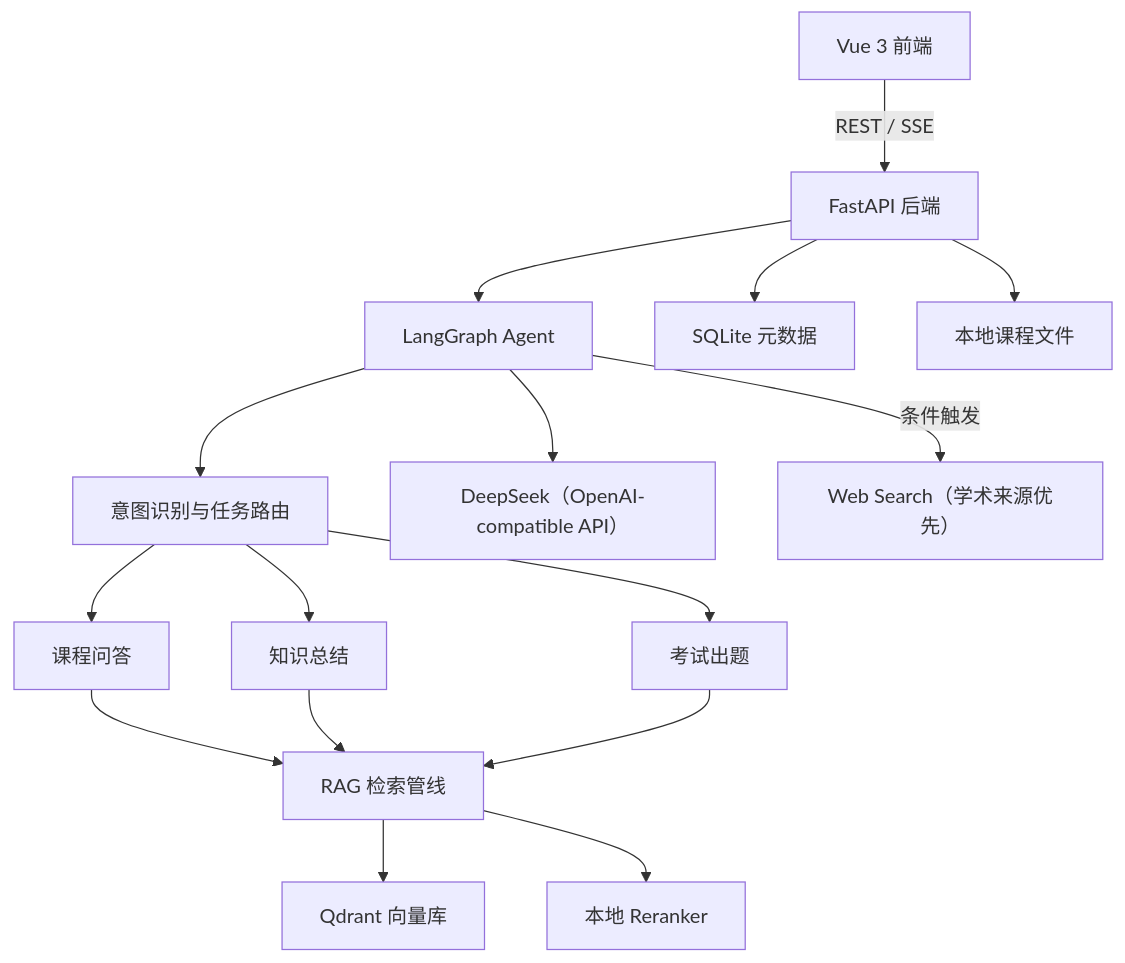
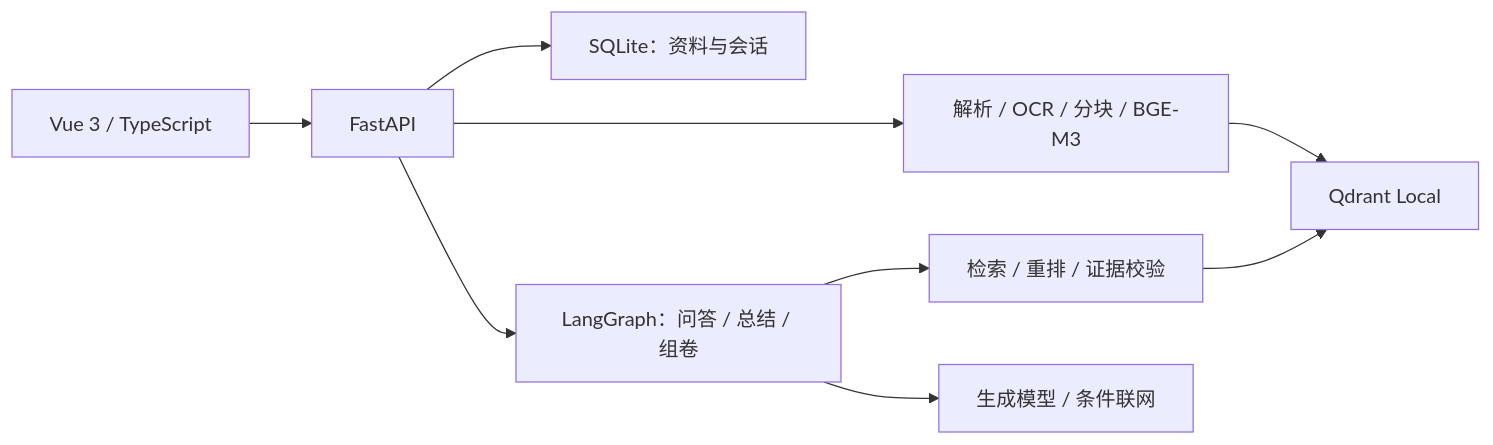
Before and after one commit to SevChu/RAG-Agent: the diagram in README.md, drawn with Mermaid. The commit also changed other lines of this file and 11 other files, not shown here.

````diff
--- a/README.md
+++ b/README.md
@@ -168,22 +151,11 @@
 ```mermaid
-flowchart TD
-    UI["Vue 3 前端"] -->|"REST / SSE"| API["FastAPI 后端"]
-    API --> AGENT["LangGraph Agent"]
-
-    AGENT --> ROUTER["意图识别与任务路由"]
-    ROUTER --> QA["课程问答"]
-    ROUTER --> SUMMARY["知识总结"]
-    ROUTER --> EXAM["考试出题"]
-
-    QA --> RETRIEVAL["RAG 检索管线"]
-    SUMMARY --> RETRIEVAL
-    EXAM --> RETRIEVAL
-
-    RETRIEVAL --> QDRANT["Qdrant 向量库"]
-    RETRIEVAL --> RERANKER["本地 Reranker"]
-    AGENT --> LLM["DeepSeek（OpenAI-compatible API）"]
-    AGENT -->|"条件触发"| WEB["Web Search（学术来源优先）"]
-
-    API --> SQLITE["SQLite 元数据"]
-    API --> FILES["本地课程文件"]
+flowchart LR
+    UI["Vue 3 / TypeScript"] --> API["FastAPI"]
+    API --> META["SQLite：资料与会话"]
+    API --> INDEX["解析 / OCR / 分块 / BGE-M3"]
+    INDEX --> VECTOR["Qdrant Local"]
+    API --> AGENT["LangGraph：问答 / 总结 / 组卷"]
+    AGENT --> RETRIEVE["检索 / 重排 / 证据校验"]
+    RETRIEVE --> VECTOR
+    AGENT --> LLM["生成模型 / 条件联网"]
 ```
````
